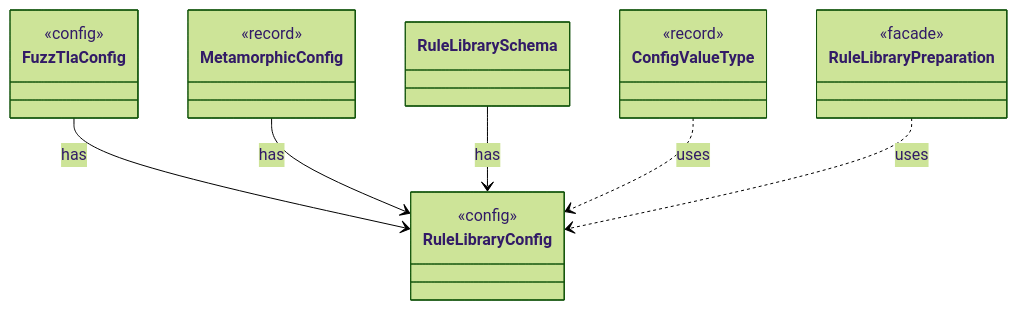
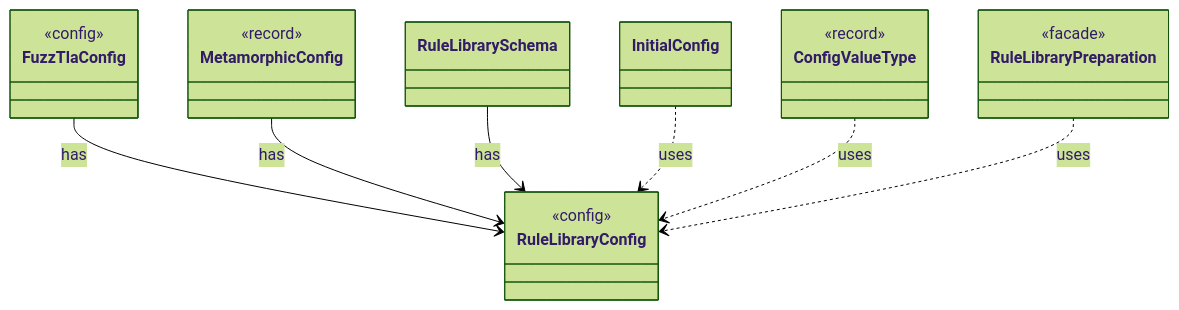
Before and after one commit to tlaplus/model-checker-hardening: the diagram in dev/types/io.github.tlaplus.hardening.config.RuleLibraryConfig.md, drawn with Mermaid (forest theme). The commit also changed other lines of this file and 411 other files, not shown here.

````diff
--- a/dev/types/io.github.tlaplus.hardening.config.RuleLibraryConfig.md
+++ b/dev/types/io.github.tlaplus.hardening.config.RuleLibraryConfig.md
@@ -9,24 +9,26 @@
 ```mermaid
 classDiagram
   class RuleLibraryConfig {
     <<config>>
   }
   class FuzzTlaConfig {
     <<config>>
   }
   class MetamorphicConfig {
     <<record>>
   }
   class RuleLibrarySchema
+  class InitialConfig
   class ConfigValueType {
     <<record>>
   }
   class RuleLibraryPreparation {
     <<facade>>
   }
   FuzzTlaConfig --> RuleLibraryConfig : has
   MetamorphicConfig --> RuleLibraryConfig : has
   RuleLibrarySchema --> RuleLibraryConfig : has
+  InitialConfig ..> RuleLibraryConfig : uses
   ConfigValueType ..> RuleLibraryConfig : uses
   RuleLibraryPreparation ..> RuleLibraryConfig : uses
 ```
````
